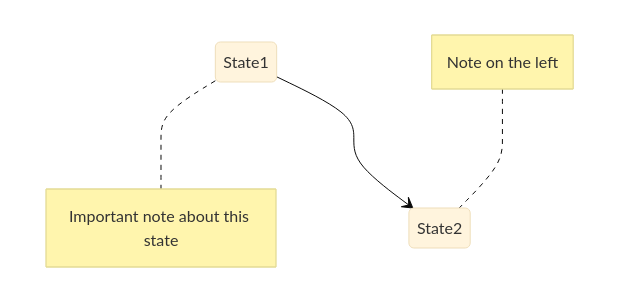
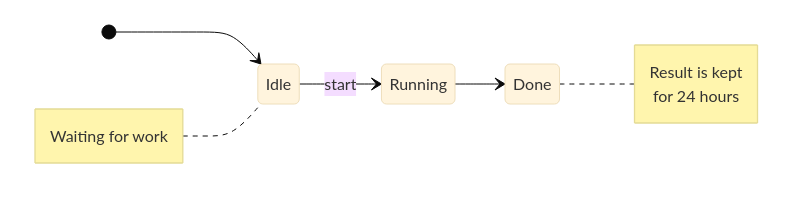
Before and after one commit to hgrabows/diagrammer-skills: the sixth of 13 diagrams in skills/diagrammer/specs/mermaid/stateDiagram.md, drawn with Mermaid (base theme). The commit also changed other lines of this file and 127 other files, not shown here.

First line of the commit message:
feat: audit all specs, add example gallery, fix PlantUML and Gantt rendering

````diff
--- a/skills/diagrammer/specs/mermaid/stateDiagram.md
+++ b/skills/diagrammer/specs/mermaid/stateDiagram.md
@@ -124,7 +121,12 @@
 ```mermaid
-stateDiagram
-    State1
-    note right of State1: Important note about this state
-    State1 --> State2
-    note left of State2: Note on the left
+stateDiagram-v2
+    direction LR
+    [*] --> Idle
+    Idle --> Running : start
+    Running --> Done
+    note left of Idle : Waiting for work
+    note right of Done
+        Result is kept
+        for 24 hours
+    end note
 ```
````
